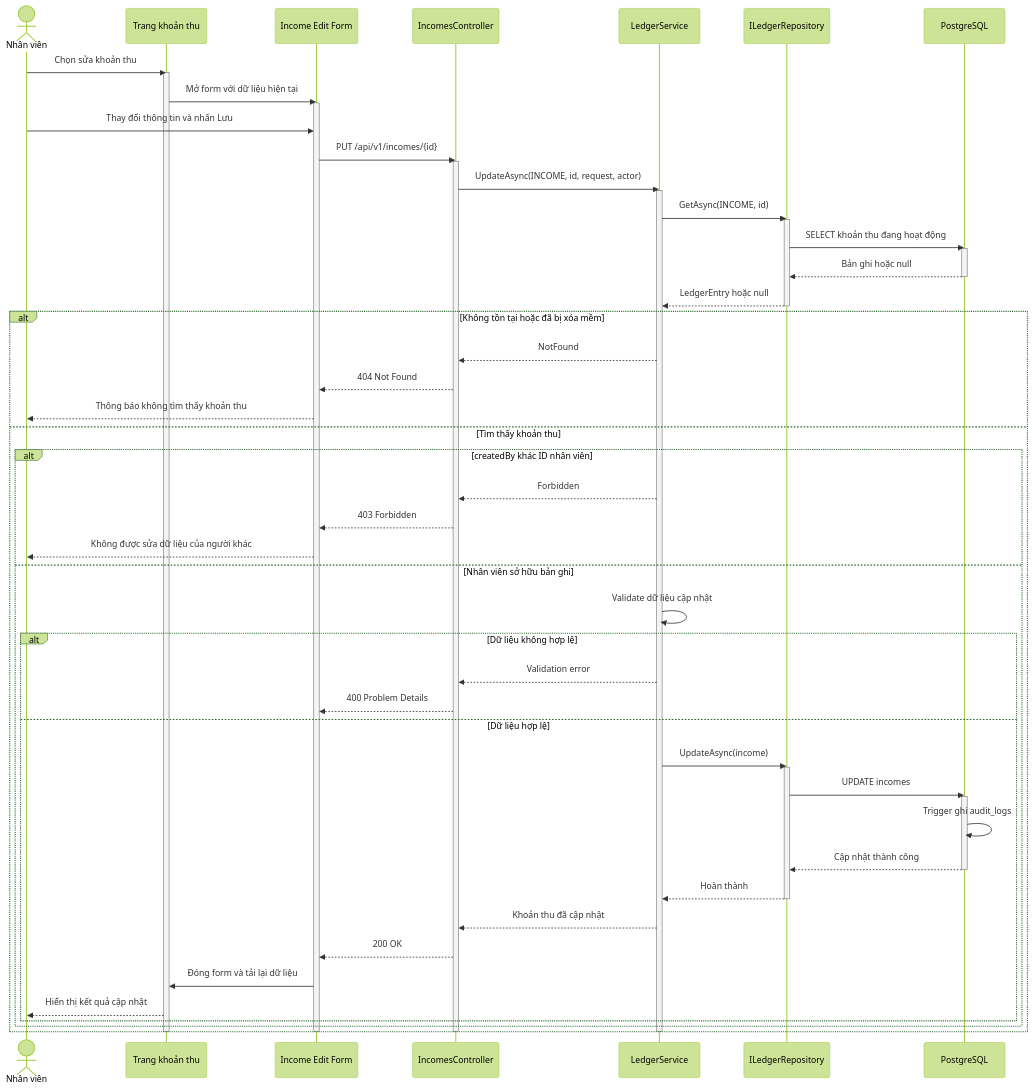
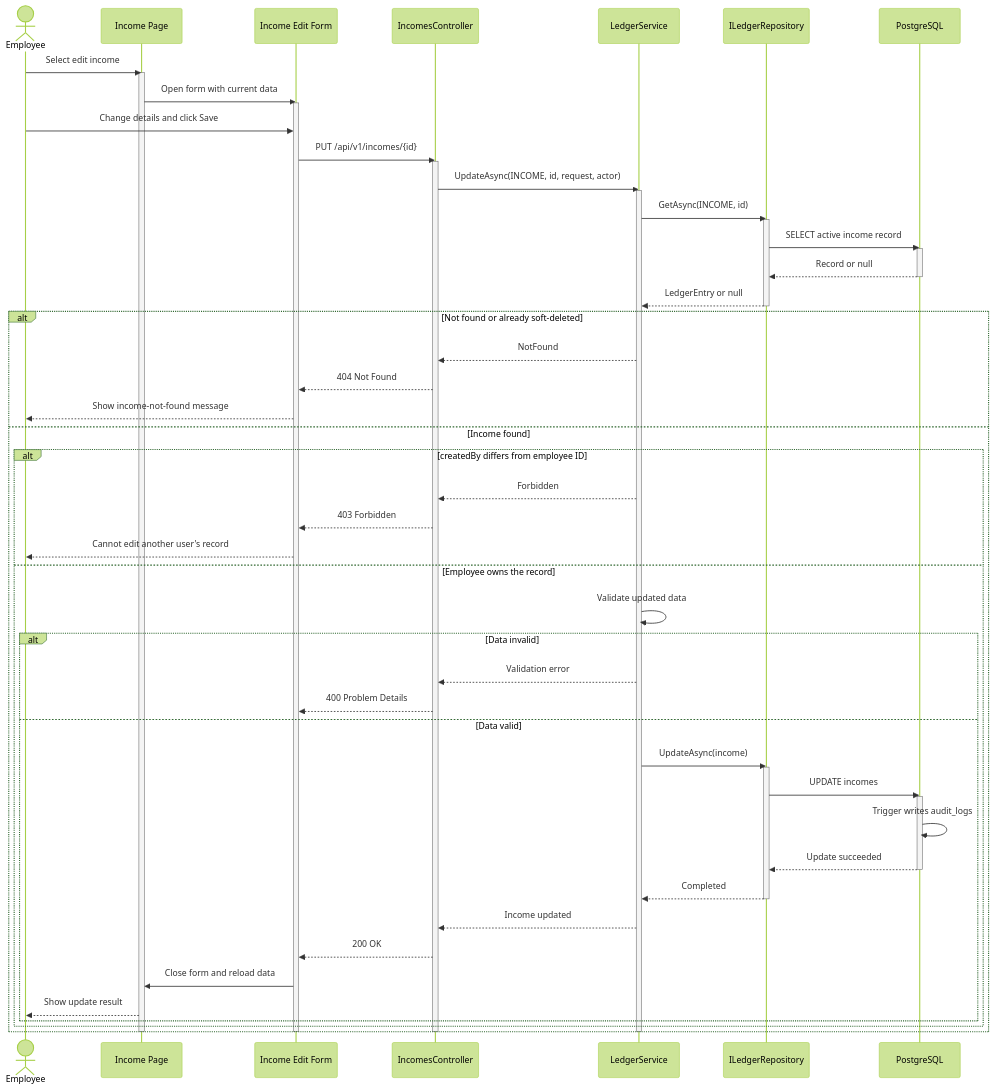
The third of 5 diagrams in docs/architecture/uml/02-sequence-diagrams.md (PhamHiep948/finance-manager), drawn with Mermaid (forest theme) before and after one commit. The commit also changed other lines of this file, not shown here.

Commit message:
update sequece diagram

````diff
--- a/docs/architecture/uml/02-sequence-diagrams.md
+++ b/docs/architecture/uml/02-sequence-diagrams.md
@@ -151,64 +151,64 @@
 ```mermaid
 sequenceDiagram
-    actor Employee as Nhân viên
-    participant Page as Trang khoản thu
+    actor Employee as Employee
+    participant Page as Income Page
     participant Form as Income Edit Form
     participant API as IncomesController
     participant Service as LedgerService
     participant Repo as ILedgerRepository
     participant DB as PostgreSQL
 
-    Employee->>Page: Chọn sửa khoản thu
+    Employee->>Page: Select edit income
     activate Page
-    Page->>Form: Mở form với dữ liệu hiện tại
+    Page->>Form: Open form with current data
     activate Form
-    Employee->>Form: Thay đổi thông tin và nhấn Lưu
+    Employee->>Form: Change details and click Save
     Form->>API: PUT /api/v1/incomes/{id}
     activate API
     API->>Service: UpdateAsync(INCOME, id, request, actor)
     activate Service
     Service->>Repo: GetAsync(INCOME, id)
     activate Repo
-    Repo->>DB: SELECT khoản thu đang hoạt động
+    Repo->>DB: SELECT active income record
     activate DB
-    DB-->>Repo: Bản ghi hoặc null
+    DB-->>Repo: Record or null
     deactivate DB
-    Repo-->>Service: LedgerEntry hoặc null
+    Repo-->>Service: LedgerEntry or null
     deactivate Repo
 
-    alt Không tồn tại hoặc đã bị xóa mềm
+    alt Not found or already soft-deleted
         Service-->>API: NotFound
         API-->>Form: 404 Not Found
-        Form-->>Employee: Thông báo không tìm thấy khoản thu
-    else Tìm thấy khoản thu
-        alt createdBy khác ID nhân viên
+        Form-->>Employee: Show income-not-found message
+    else Income found
+        alt createdBy differs from employee ID
             Service-->>API: Forbidden
             API-->>Form: 403 Forbidden
-            Form-->>Employee: Không được sửa dữ liệu của người khác
-        else Nhân viên sở hữu bản ghi
-            Service->>Service: Validate dữ liệu cập nhật
-            alt Dữ liệu không hợp lệ
+            Form-->>Employee: Cannot edit another user's record
+        else Employee owns the record
+            Service->>Service: Validate updated data
+            alt Data invalid
                 Service-->>API: Validation error
                 API-->>Form: 400 Problem Details
-            else Dữ liệu hợp lệ
+            else Data valid
                 Service->>Repo: UpdateAsync(income)
                 activate Repo
                 Repo->>DB: UPDATE incomes
                 activate DB
-                DB->>DB: Trigger ghi audit_logs
-                DB-->>Repo: Cập nhật thành công
+                DB->>DB: Trigger writes audit_logs
+                DB-->>Repo: Update succeeded
                 deactivate DB
-                Repo-->>Service: Hoàn thành
+                Repo-->>Service: Completed
                 deactivate Repo
-                Service-->>API: Khoản thu đã cập nhật
+                Service-->>API: Income updated
                 API-->>Form: 200 OK
-                Form->>Page: Đóng form và tải lại dữ liệu
-                Page-->>Employee: Hiển thị kết quả cập nhật
+                Form->>Page: Close form and reload data
+                Page-->>Employee: Show update result
             end
         end
     end
     deactivate Service
     deactivate API
     deactivate Form
     deactivate Page
 ```
````
